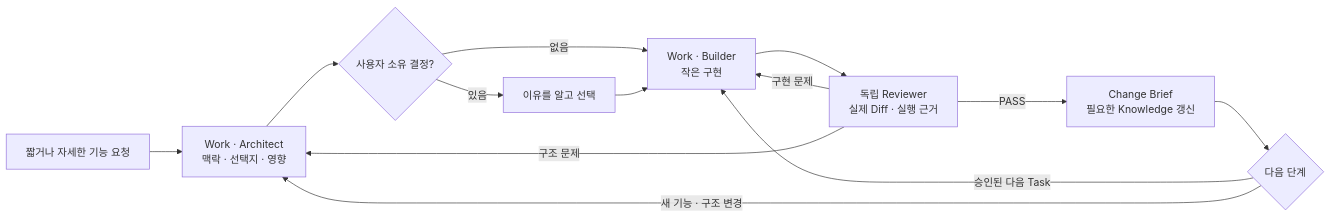
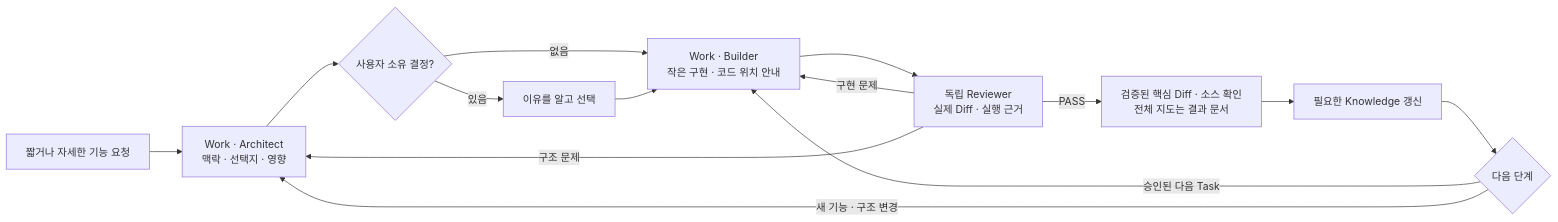
The first of 2 diagrams in README.md (yeomin-yoon/AI-Dev-Workflow), drawn with Mermaid before and after one commit. The commit also changed other lines of this file and 36 other files, not shown here.

````diff
--- a/README.md
+++ b/README.md
@@ -66,15 +66,16 @@
 ```mermaid
 flowchart LR
     Seed["짧거나 자세한 기능 요청"] --> Design["Work · Architect<br/>맥락 · 선택지 · 영향"]
     Design --> Gate{"사용자 소유 결정?"}
     Gate -->|있음| User["이유를 알고 선택"]
-    Gate -->|없음| Build["Work · Builder<br/>작은 구현"]
+    Gate -->|없음| Build["Work · Builder<br/>작은 구현 · 코드 위치 안내"]
     User --> Build
     Build --> Review["독립 Reviewer<br/>실제 Diff · 실행 근거"]
     Review -->|구현 문제| Build
     Review -->|구조 문제| Design
-    Review -->|PASS| Sync["Change Brief<br/>필요한 Knowledge 갱신"]
+    Review -->|PASS| Inspect["검증된 핵심 Diff · 소스 확인<br/>전체 지도는 결과 문서"]
+    Inspect --> Sync["필요한 Knowledge 갱신"]
     Sync --> Next{"다음 단계"}
     Next -->|승인된 다음 Task| Build
     Next -->|새 기능 · 구조 변경| Design
 ```
````
